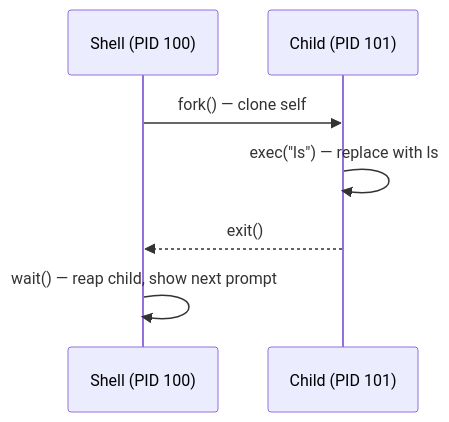
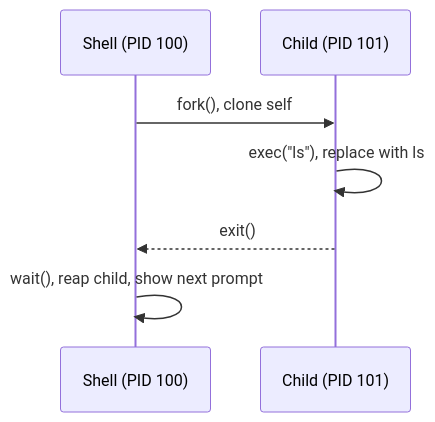
One commit to lilhammerfun/hands-on-os changed the diagram in course/process/01-lifecycle.md. Above: the diagram before and after it, drawn with Mermaid. The commit also changed other lines of this file and 4 other files, not shown here.

````diff
--- a/course/process/01-lifecycle.md
+++ b/course/process/01-lifecycle.md
@@ -9,10 +15,10 @@
 ```mermaid
 sequenceDiagram
     participant Shell as Shell (PID 100)
     participant Child as Child (PID 101)
 
-    Shell->>Child: fork() — clone self
-    Child->>Child: exec("ls") — replace with ls
+    Shell->>Child: fork(), clone self
+    Child->>Child: exec("ls"), replace with ls
     Child-->>Shell: exit()
-    Shell->>Shell: wait() — reap child, show next prompt
+    Shell->>Shell: wait(), reap child, show next prompt
 ```
````
